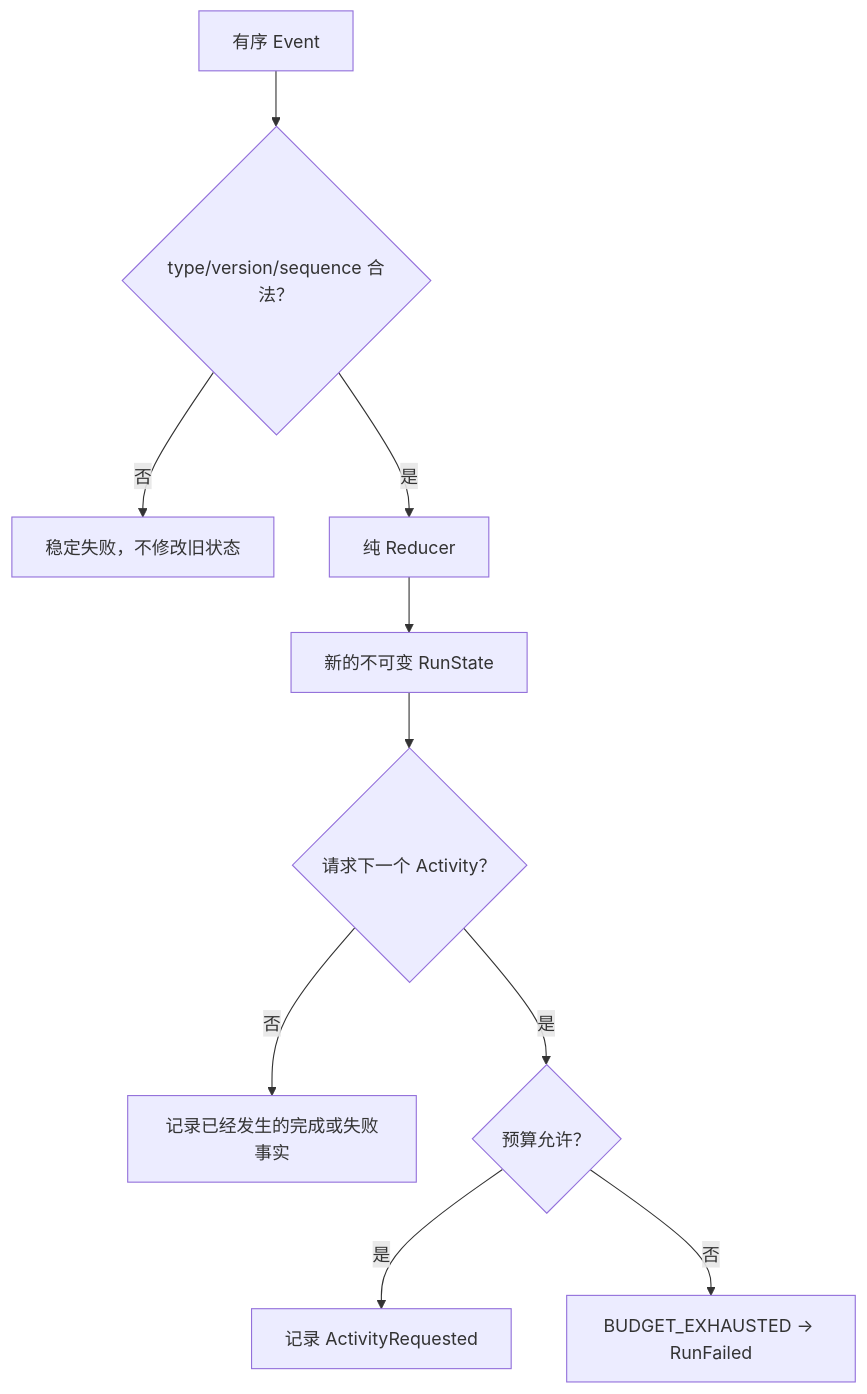
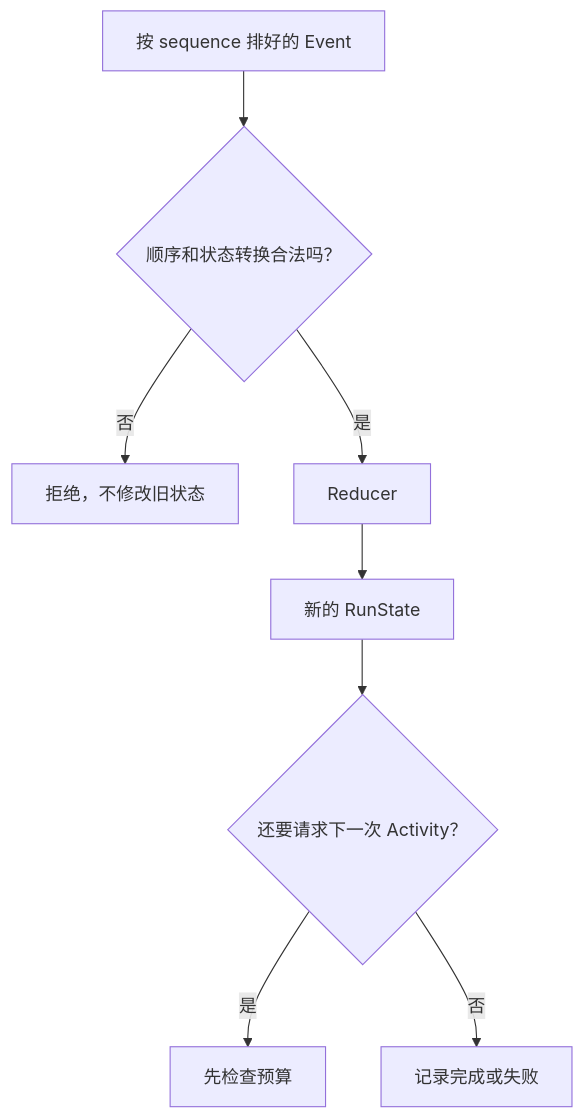
One commit to CherryYang05/BearAgent changed the diagram in site/src/content/docs/zh-cn/learn/runtime-state-and-budgets.md. Above: the diagram before and after it, drawn with Mermaid. The commit also changed other lines of this file and 51 other files, not shown here.

````diff
--- a/site/src/content/docs/zh-cn/learn/runtime-state-and-budgets.md
+++ b/site/src/content/docs/zh-cn/learn/runtime-state-and-budgets.md
@@ -37,12 +31,10 @@
 ```mermaid
-flowchart TD
-    E["有序 Event"] --> V{"type/version/sequence 合法？"}
-    V -->|否| X["稳定失败，不修改旧状态"]
-    V -->|是| R["纯 Reducer"]
-    R --> S["新的不可变 RunState"]
-    S --> B{"请求下一个 Activity？"}
-    B -->|否| F["记录已经发生的完成或失败事实"]
-    B -->|是| G{"预算允许？"}
-    G -->|是| N["记录 ActivityRequested"]
-    G -->|否| D["BUDGET_EXHAUSTED -> RunFailed"]
+flowchart TB
+    E["按 sequence 排好的 Event"] --> V{"顺序和状态转换合法吗？"}
+    V -->|"否"| X["拒绝，不修改旧状态"]
+    V -->|"是"| R["Reducer"]
+    R --> S["新的 RunState"]
+    S --> G{"还要请求下一次 Activity？"}
+    G -->|"是"| B["先检查预算"]
+    G -->|"否"| F["记录完成或失败"]
 ```
````
